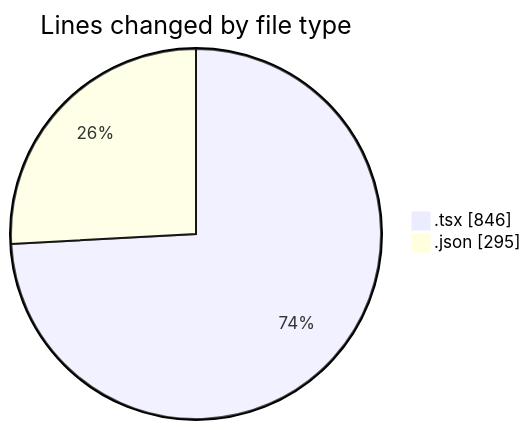
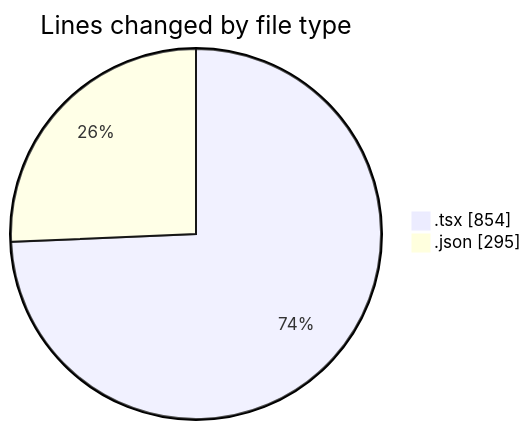
Before and after one commit to julien-gomy/code-tracking: the first of 2 diagrams in 2025-10-11/eventscop-frontend-guide__workspace_/README.md, drawn with Mermaid. The commit also changed other lines of this file and 1 other file, not shown here.

````diff
--- a/2025-10-11/eventscop-frontend-guide__workspace_/README.md
+++ b/2025-10-11/eventscop-frontend-guide__workspace_/README.md
@@ -27,6 +27,6 @@
 ```mermaid
 pie showData
 title Lines changed by file type
-".tsx" : 846
+".tsx" : 854
 ".json" : 295
 ```
````
